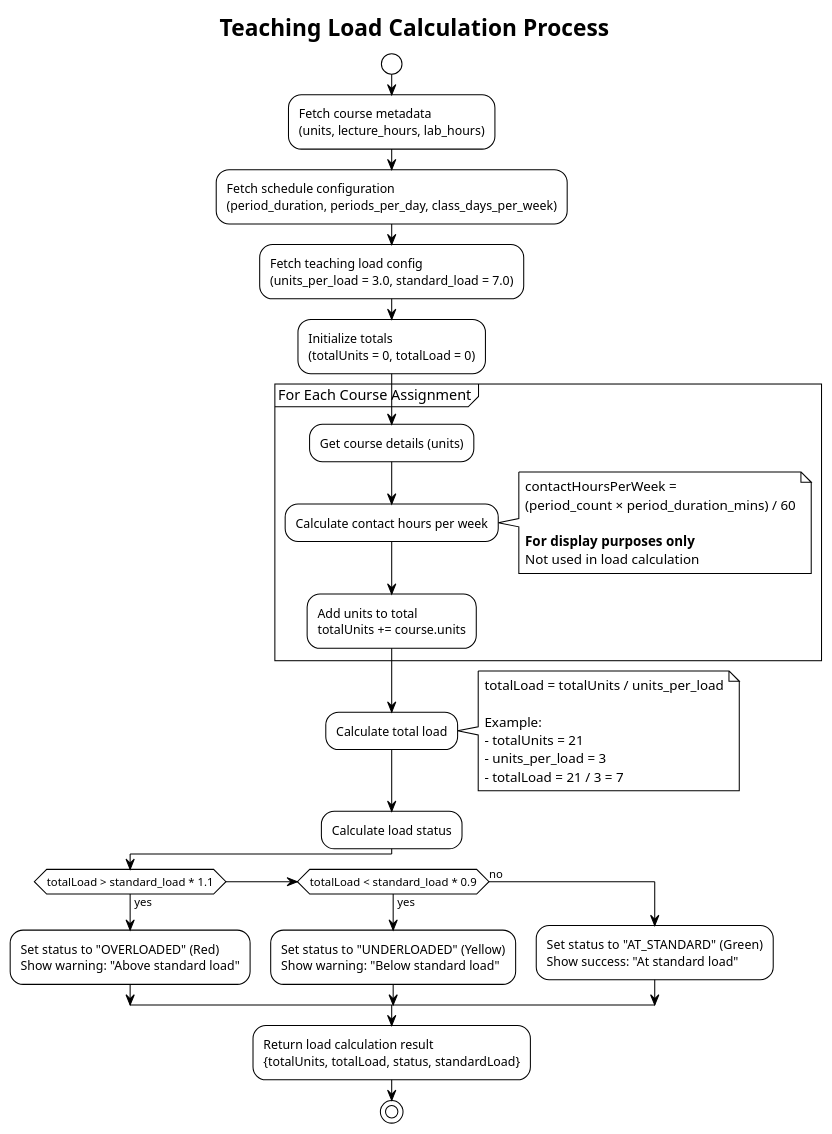
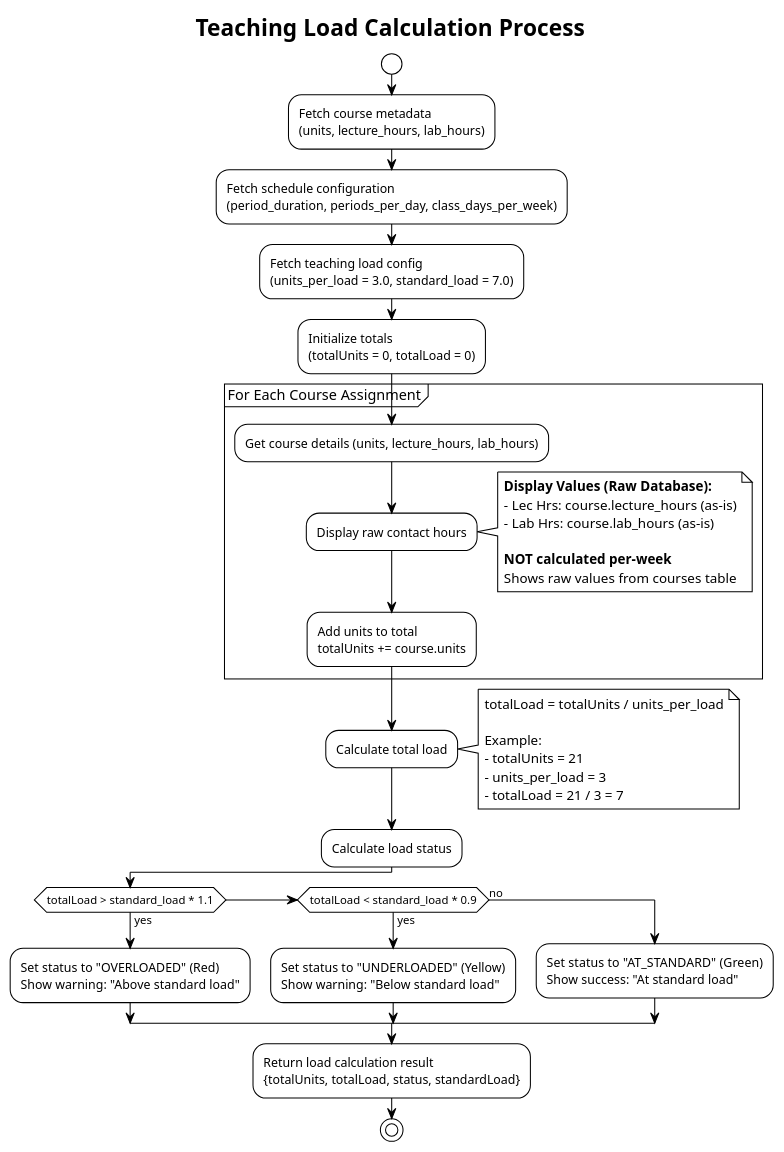
The fifth of 7 diagrams in docs/c4-diagrams/instructor-reports-system.puml (Wence024/ClassFlow), drawn with PlantUML before and after one commit. The commit also changed other lines of this file and 2 other files, not shown here.

Commit message:
Fix instructor report hours display

```diff
--- a/docs/c4-diagrams/instructor-reports-system.puml
+++ b/docs/c4-diagrams/instructor-reports-system.puml
@@ -214,64 +214,65 @@
 @startuml Load Calculation - Activity Diagram
 !theme plain
 title Teaching Load Calculation Process
 
 start
 
 :Fetch course metadata\n(units, lecture_hours, lab_hours);
 
 :Fetch schedule configuration\n(period_duration, periods_per_day, class_days_per_week);
 
 :Fetch teaching load config\n(units_per_load = 3.0, standard_load = 7.0);
 
 :Initialize totals\n(totalUnits = 0, totalLoad = 0);
 
 partition "For Each Course Assignment" {
-    :Get course details (units);
+    :Get course details (units, lecture_hours, lab_hours);
     
-    :Calculate contact hours per week;
+    :Display raw contact hours;
     note right
-        contactHoursPerWeek = 
-        (period_count × period_duration_mins) / 60
+        **Display Values (Raw Database):**
+        - Lec Hrs: course.lecture_hours (as-is)
+        - Lab Hrs: course.lab_hours (as-is)
         
-        **For display purposes only**
-        Not used in load calculation
+        **NOT calculated per-week**
+        Shows raw values from courses table
     end note
     
     :Add units to total\ntotalUnits += course.units;
 }
 
 :Calculate total load;
 note right
     totalLoad = totalUnits / units_per_load
     
     Example:
     - totalUnits = 21
     - units_per_load = 3
     - totalLoad = 21 / 3 = 7
 end note
 
 :Calculate load status;
 
 if (totalLoad > standard_load * 1.1) then (yes)
     :Set status to "OVERLOADED" (Red)\nShow warning: "Above standard load";
 elseif (totalLoad < standard_load * 0.9) then (yes)
     :Set status to "UNDERLOADED" (Yellow)\nShow warning: "Below standard load";
 else (no)
     :Set status to "AT_STANDARD" (Green)\nShow success: "At standard load";
 endif
 
 note right
     Standard Load = 7
     Tolerance = ±10%
     
     Ranges:
     - Underloaded: < 6.3
     - At Standard: 6.3 - 7.7
     - Overloaded: > 7.7
 end note
 
 :Return load calculation result\n{totalUnits, totalLoad, status, standardLoad};
 
 stop
 
 @enduml
```
